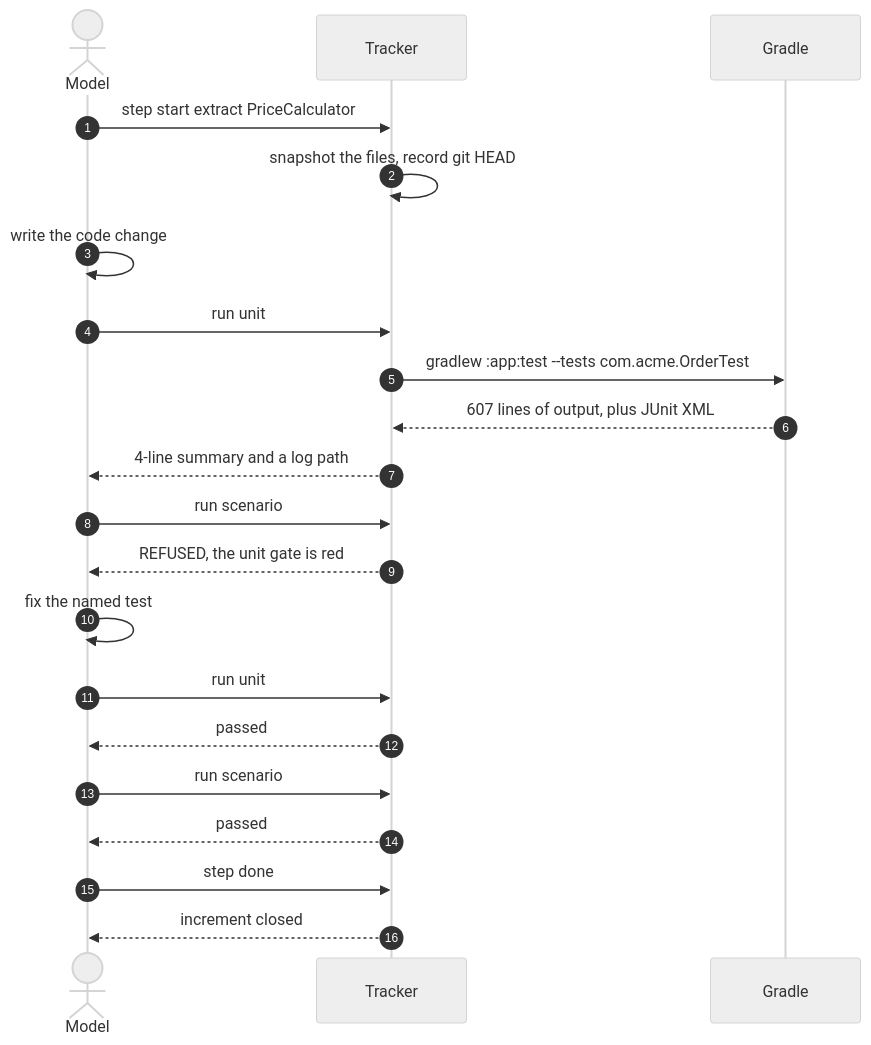
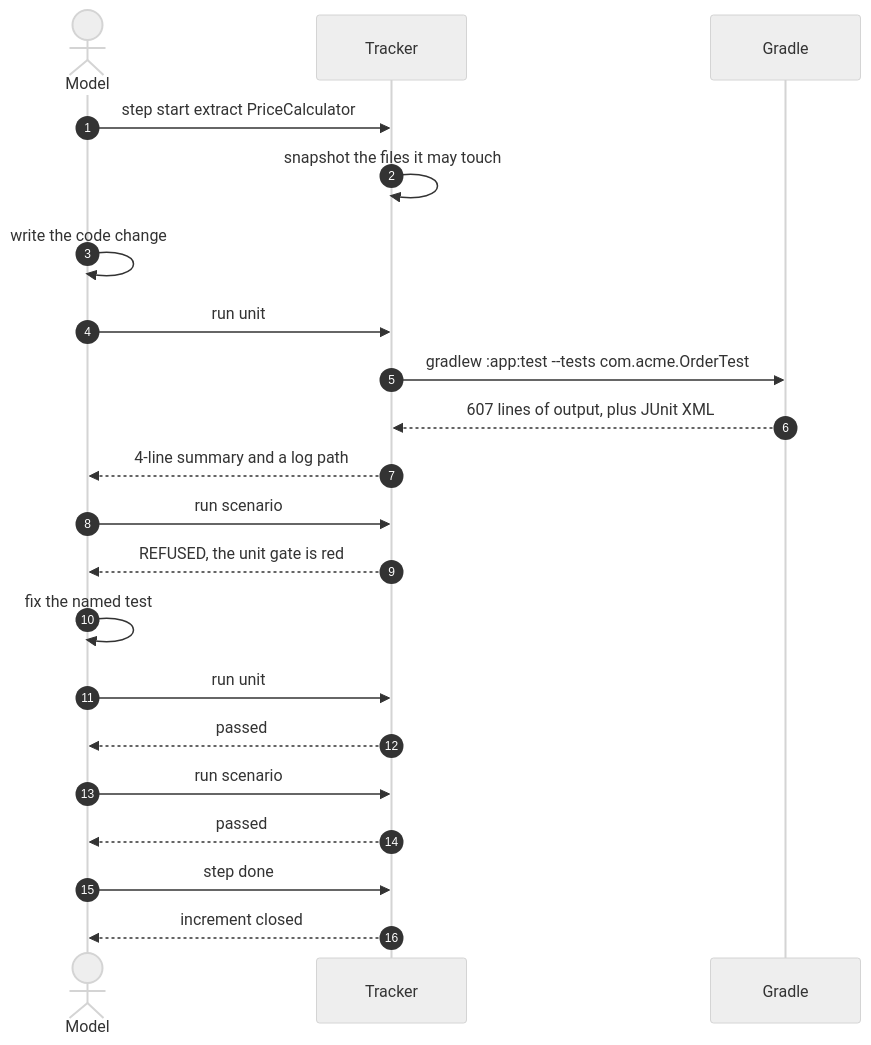
Before and after one commit to dmitryaleks/tdd-memory-skill: the third of 7 diagrams in README.md, drawn with Mermaid (neutral theme). The commit also changed other lines of this file and 4 other files, not shown here.

````diff
--- a/README.md
+++ b/README.md
@@ -191,23 +191,23 @@
 ```mermaid
 sequenceDiagram
     autonumber
     actor M as Model
     participant T as Tracker
     participant G as Gradle
     M->>T: step start extract PriceCalculator
-    T->>T: snapshot the files, record git HEAD
+    T->>T: snapshot the files it may touch
     M->>M: write the code change
     M->>T: run unit
     T->>G: gradlew :app:test --tests com.acme.OrderTest
     G-->>T: 607 lines of output, plus JUnit XML
     T-->>M: 4-line summary and a log path
     M->>T: run scenario
     T-->>M: REFUSED, the unit gate is red
     M->>M: fix the named test
     M->>T: run unit
     T-->>M: passed
     M->>T: run scenario
     T-->>M: passed
     M->>T: step done
     T-->>M: increment closed
 ```
````
